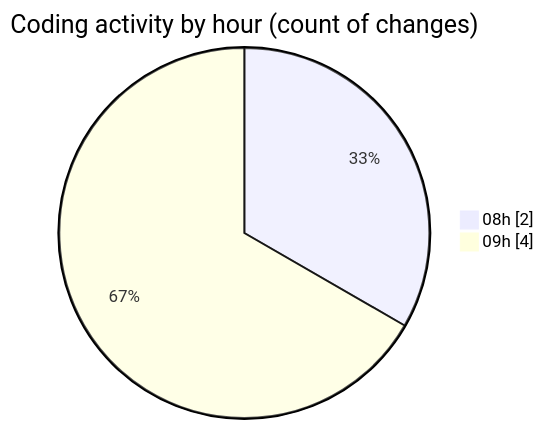
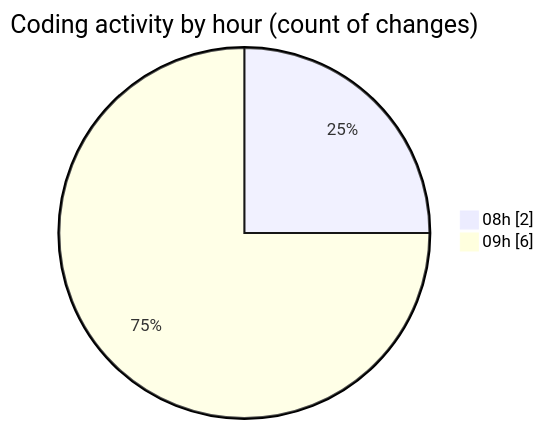
The second of 2 diagrams in 2025-03-18/web/README.md (LanceThiago/code-tracking), drawn with Mermaid before and after one commit. The commit also changed other lines of this file and 1 other file, not shown here.

````diff
--- a/2025-03-18/web/README.md
+++ b/2025-03-18/web/README.md
@@ -28,6 +29,6 @@
 ```mermaid
 pie showData
 title Coding activity by hour (count of changes)
 "08h" : 2
-"09h" : 4
+"09h" : 6
 ```
````
